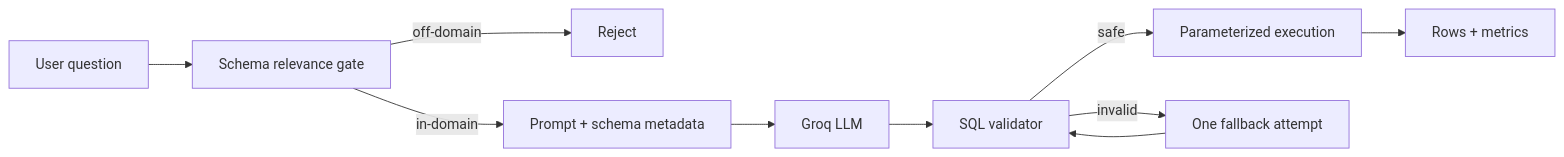
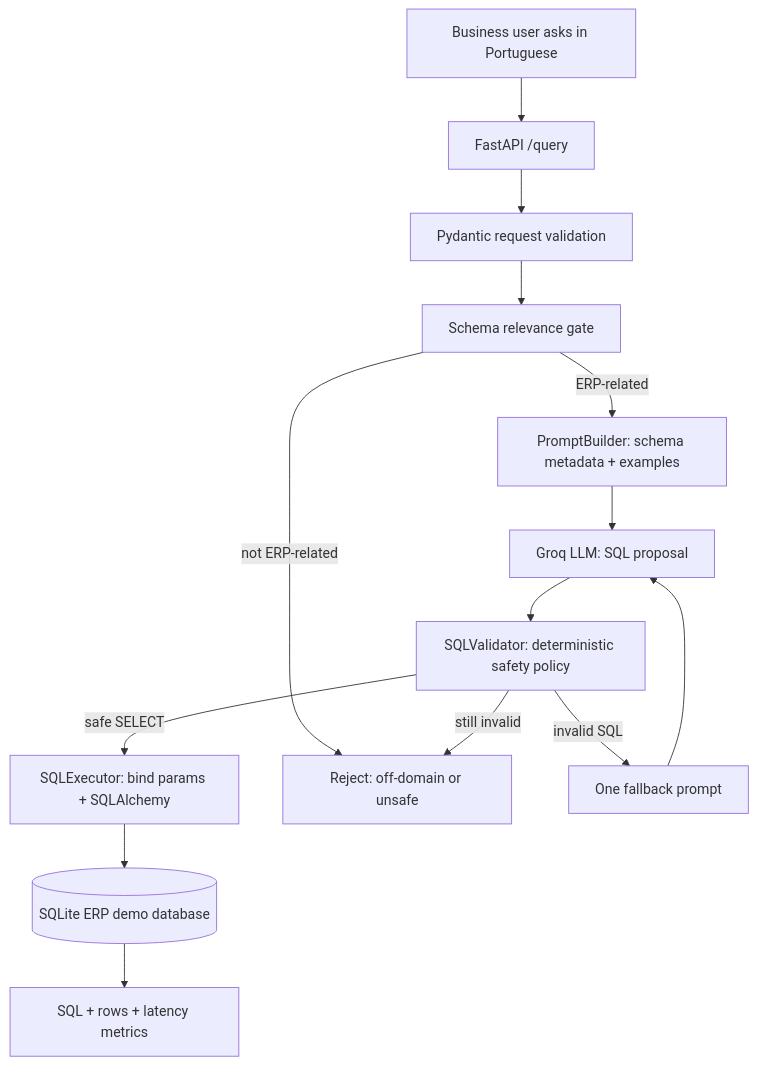
One commit to guisefe/text2sql-agent changed the first of 3 diagrams in README.md. Above: the diagram before and after it, drawn with Mermaid. The commit also changed other lines of this file and 2 other files, not shown here.

````diff
--- a/README.md
+++ b/README.md
@@ -29,12 +61,29 @@
 ```mermaid
-flowchart LR
-    A[User question] --> B[Schema relevance gate]
-    B -->|off-domain| X[Reject]
-    B -->|in-domain| C[Prompt + schema metadata]
-    C --> D[Groq LLM]
-    D --> E[SQL validator]
-    E -->|safe| F[Parameterized execution]
-    F --> G[Rows + metrics]
-    E -->|invalid| H[One fallback attempt]
-    H --> E
+flowchart TD
+    U[Business user asks in Portuguese]
+    API[FastAPI /query]
+    REQ[Pydantic request validation]
+    GATE[Schema relevance gate]
+    PROMPT[PromptBuilder: schema metadata + examples]
+    LLM[Groq LLM: SQL proposal]
+    VALIDATOR[SQLValidator: deterministic safety policy]
+    EXECUTOR[SQLExecutor: bind params + SQLAlchemy]
+    DB[(SQLite ERP demo database)]
+    RESPONSE[SQL + rows + latency metrics]
+    REJECT[Reject: off-domain or unsafe]
+    RETRY[One fallback prompt]
+
+    U --> API
+    API --> REQ
+    REQ --> GATE
+    GATE -->|not ERP-related| REJECT
+    GATE -->|ERP-related| PROMPT
+    PROMPT --> LLM
+    LLM --> VALIDATOR
+    VALIDATOR -->|safe SELECT| EXECUTOR
+    EXECUTOR --> DB
+    DB --> RESPONSE
+    VALIDATOR -->|invalid SQL| RETRY
+    RETRY --> LLM
+    VALIDATOR -->|still invalid| REJECT
 ```
````
